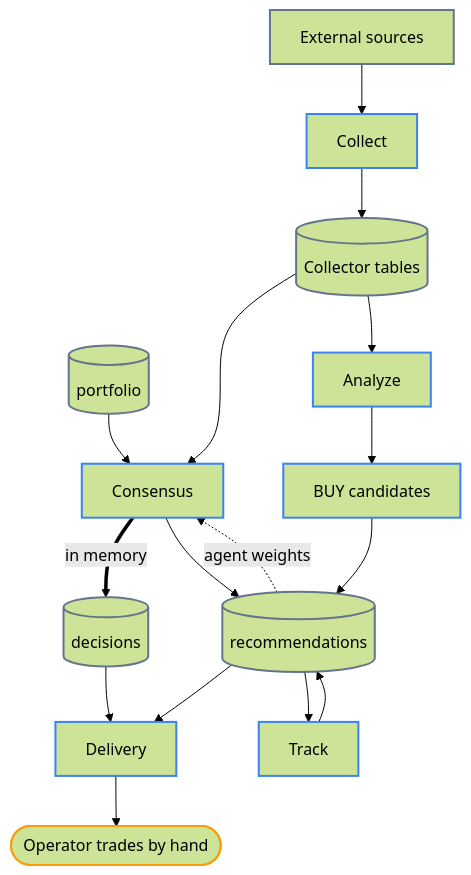
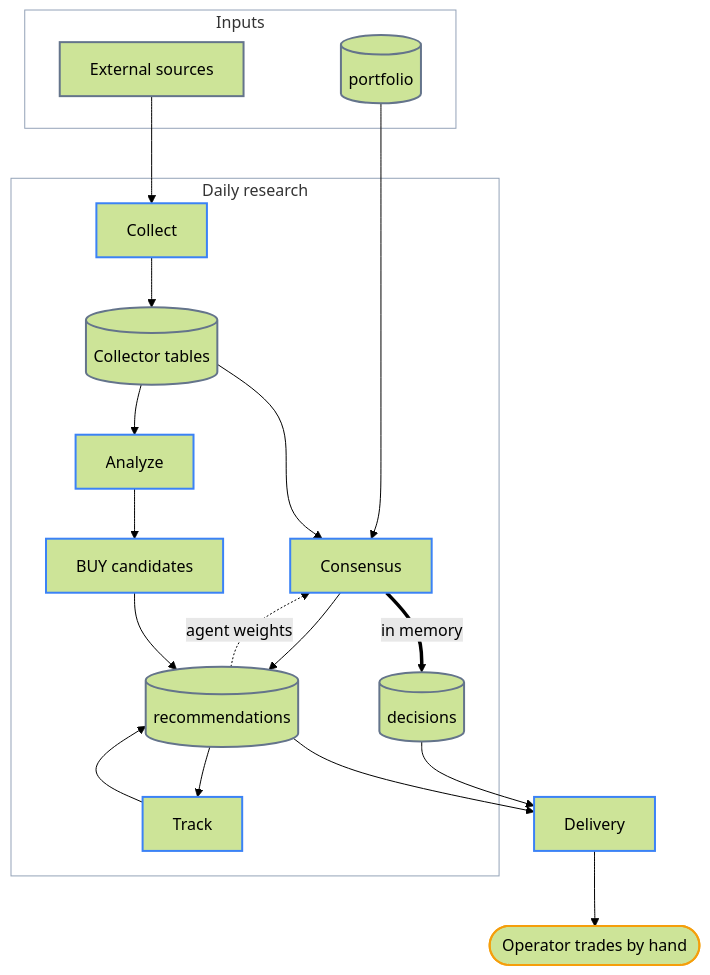
The diagram in README.md (researcherhojin/nuri-quant), drawn with Mermaid (forest theme) before and after one commit. The commit also changed other lines of this file and 1 other file, not shown here.

First line of the commit message:
docs(readme): group the architecture diagram and edit the prose for an official tone (#2033)

````diff
--- a/README.md
+++ b/README.md
@@ -22,36 +22,42 @@
 ```mermaid
 flowchart TB
-    SRC["External sources"]
-    COL["Collect"]
-    TAB[("Collector tables")]
-    PF[("portfolio")]
-    CON["Consensus"]
-    FAC["Analyze"]
-    BUY["BUY candidates"]
-    DEC[("decisions")]
-    REC[("recommendations")]
+    subgraph INPUTS["Inputs"]
+        SRC["External sources"]
+        PF[("portfolio")]
+    end
+    subgraph RESEARCH["Daily research"]
+        COL["Collect"]
+        TAB[("Collector tables")]
+        CON["Consensus"]
+        FAC["Analyze"]
+        BUY["BUY candidates"]
+        DEC[("decisions")]
+        REC[("recommendations")]
+        TRK["Track"]
+    end
     OUT["Delivery"]
-    TRK["Track"]
     YOU(["Operator trades by hand"])
 
     SRC --> COL --> TAB
     TAB --> CON
     PF --> CON
     TAB --> FAC --> BUY
     CON ==>|in memory| DEC
     CON --> REC
     BUY --> REC
     REC -.->|agent weights| CON
     DEC --> OUT
     REC --> OUT
     REC --> TRK
     TRK --> REC
     OUT --> YOU
 
     classDef step  stroke:#3b82f6,stroke-width:2px
     classDef store stroke:#64748b,stroke-width:2px
     classDef human stroke:#f59e0b,stroke-width:2px
+    classDef zone  fill:none,stroke:#94a3b8,stroke-width:1px
     class COL,FAC,CON,BUY,TRK,OUT step
     class SRC,TAB,PF,REC,DEC store
     class YOU human
+    class INPUTS,RESEARCH zone
 ```
````
